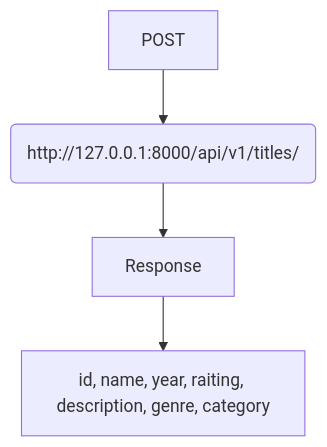
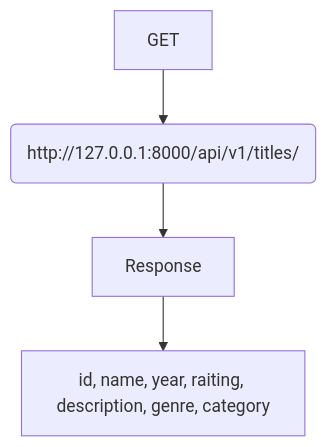
The first of 2 diagrams in README.md (EISerova/api-yamdb), drawn with Mermaid before and after one commit. The commit also changed other lines of this file, not shown here.

````diff
--- a/README.md
+++ b/README.md
@@ -53,6 +58,6 @@
 ```mermaid
 graph TD;
-    A[POST] --> B(http://127.0.0.1:8000/api/v1/titles/)
+    A[GET] --> B(http://127.0.0.1:8000/api/v1/titles/)
     B --> C[Response]
     C --> E[id, name, year, raiting, description, genre, category]
 ```
````
